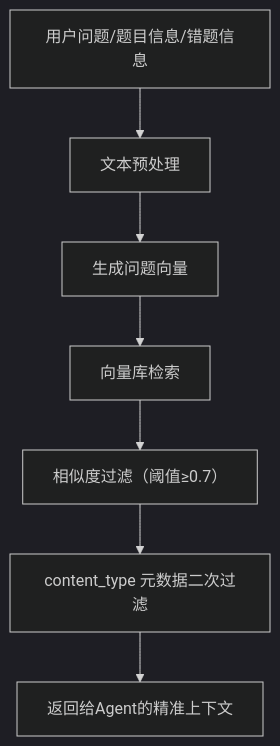
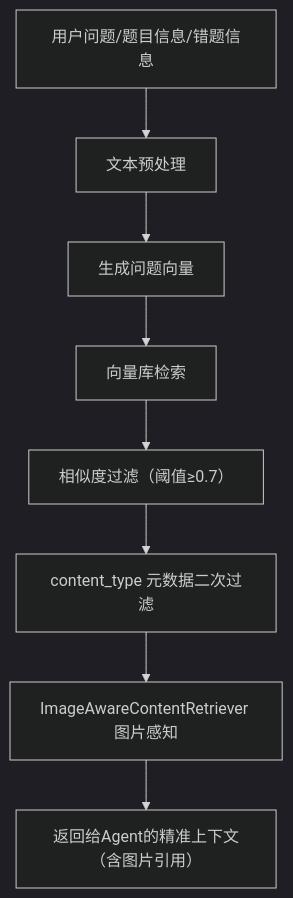
The third of 5 diagrams in MD/backend_dev_md/backend_dev.md (wangmengxxxi/xi_oj-agent), drawn with Mermaid (dark theme) before and after one commit. The commit also changed other lines of this file and 12 other files, not shown here.

````diff
--- a/MD/backend_dev_md/backend_dev.md
+++ b/MD/backend_dev_md/backend_dev.md
@@ -471,9 +474,10 @@
 ```mermaid
 flowchart TD
     A[用户问题/题目信息/错题信息] --> B[文本预处理]
     B --> C[生成问题向量]
     C --> D[向量库检索]
     D --> E[相似度过滤（阈值≥0.7）]
     E --> F[content_type 元数据二次过滤]
-    F --> G[返回给Agent的精准上下文]
+    F --> G[ImageAwareContentRetriever 图片感知]
+    G --> H[返回给Agent的精准上下文（含图片引用）]
 ```
````
